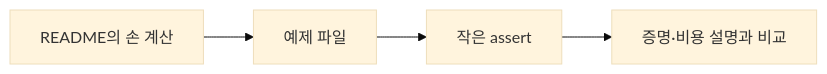
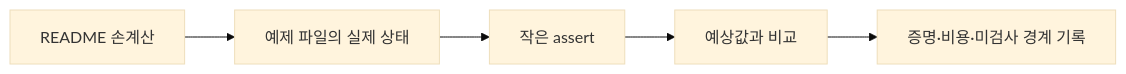
The diagram in learning/algorithms/13-local-model-labs.md (mj006648/netai-devsecops-runbook), drawn with Mermaid (base theme) before and after one commit. The commit also changed other lines of this file and 62 other files, not shown here.

````diff
--- a/learning/algorithms/13-local-model-labs.md
+++ b/learning/algorithms/13-local-model-labs.md
@@ -7,6 +12,7 @@
-```mermaid
+~~~mermaid
 flowchart LR
-    R["README의 손 계산"] --> C["예제 파일"]
-    C --> A["작은 assert"]
-    A --> P["증명·비용 설명과 비교"]
-```
+    A[README 손계산] --> B[예제 파일의 실제 상태]
+    B --> C[작은 assert]
+    C --> D[예상값과 비교]
+    D --> E[증명·비용·미검사 경계 기록]
+~~~
````
